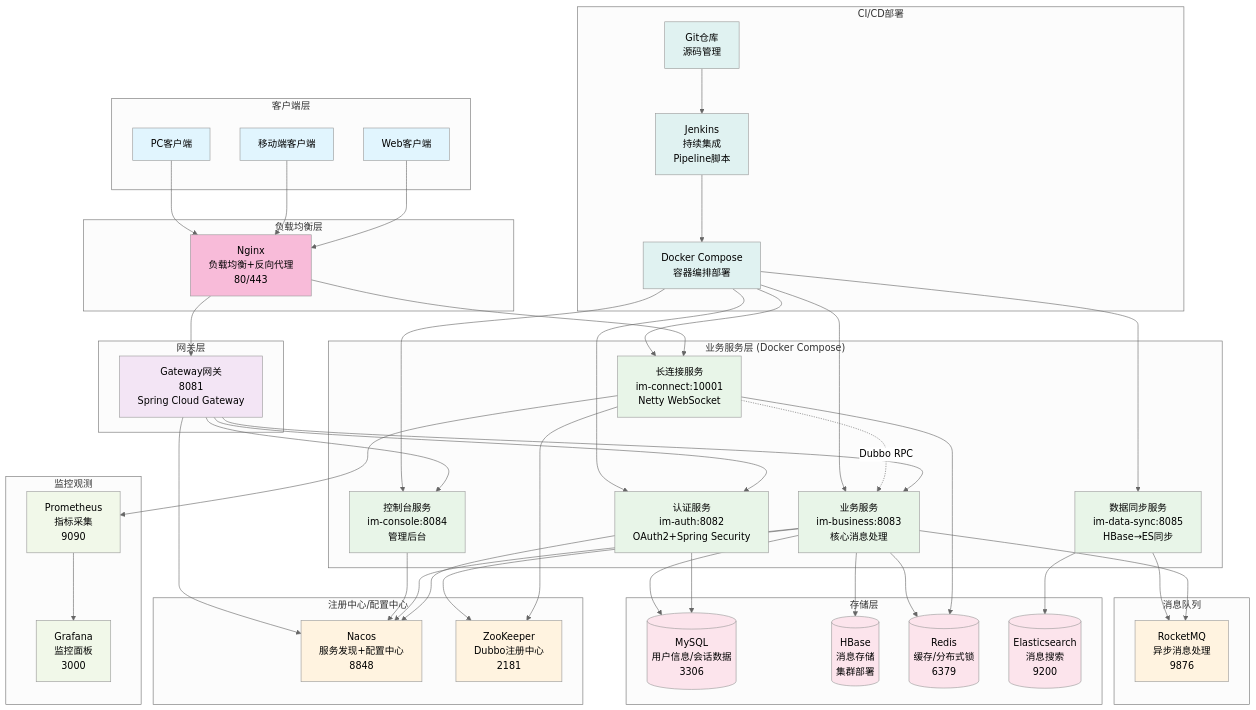
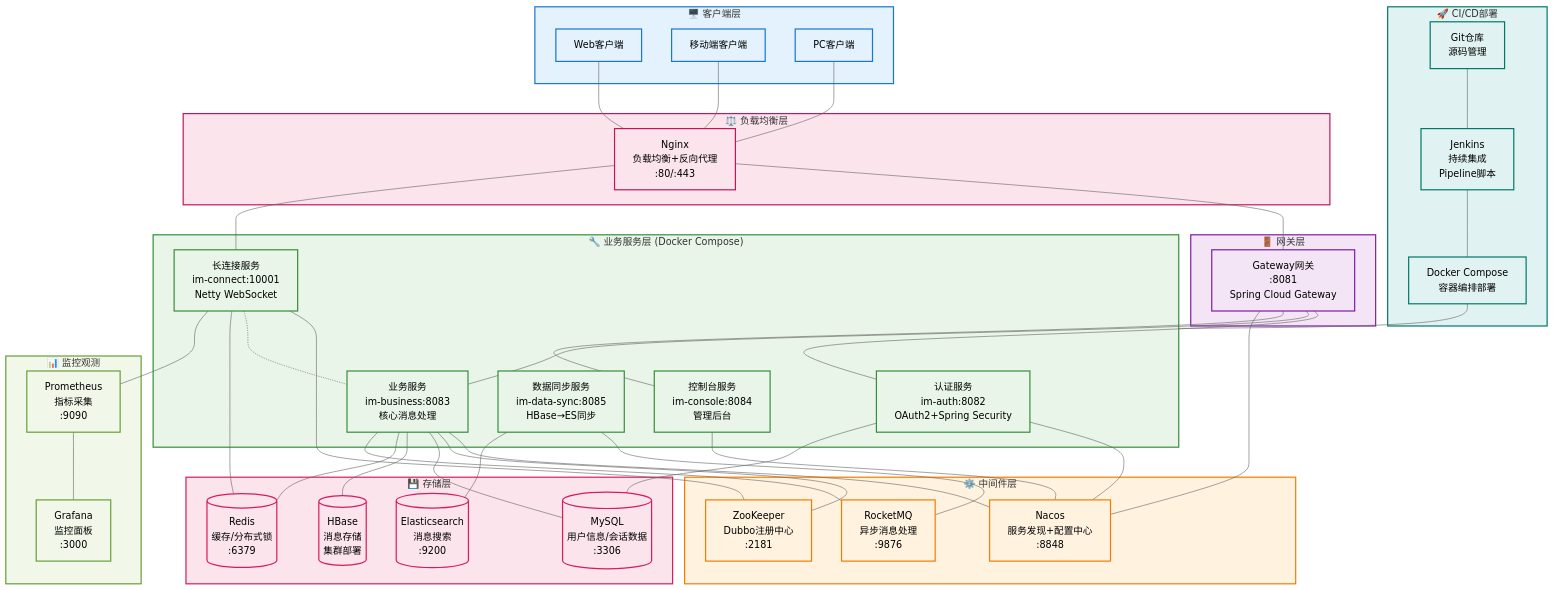
One commit to 598572/xzll-im-server changed the diagram in README.md. Above: the diagram before and after it, drawn with Mermaid (neutral theme). The commit also changed other lines of this file and 1 other file, not shown here.

Commit message:
系统架构图编辑

````diff
--- a/README.md
+++ b/README.md
@@ -27,126 +27,121 @@
 ```mermaid
-graph TB
+flowchart TD
     %% 客户端层
-    subgraph "客户端层"
-        WEB[Web客户端]
-        MOBILE[移动端客户端] 
-        PC[PC客户端]
+    subgraph CLIENT ["🖥️ 客户端层"]
+        WEB["Web客户端"]
+        MOBILE["移动端客户端"] 
+        PC["PC客户端"]
     end
 
     %% 负载均衡层
-    subgraph "负载均衡层"
-        NGINX[Nginx<br/>负载均衡+反向代理<br/>80/443]
+    subgraph PROXY ["⚖️ 负载均衡层"]
+        NGINX["Nginx<br/>负载均衡+反向代理<br/>:80/:443"]
     end
 
     %% 网关层  
-    subgraph "网关层"
-        GW[Gateway网关<br/>8081<br/>Spring Cloud Gateway]
+    subgraph GATEWAY ["🚪 网关层"]
+        GW["Gateway网关<br/>:8081<br/>Spring Cloud Gateway"]
     end
 
     %% 业务服务层
-    subgraph "业务服务层 (Docker Compose)"
-        AUTH[认证服务<br/>im-auth:8082<br/>OAuth2+Spring Security]
-        CONNECT[长连接服务<br/>im-connect:10001<br/>Netty WebSocket]
-        BUSINESS[业务服务<br/>im-business:8083<br/>核心消息处理]
-        CONSOLE[控制台服务<br/>im-console:8084<br/>管理后台]
-        DATASYNC[数据同步服务<br/>im-data-sync:8085<br/>HBase→ES同步]
+    subgraph SERVICES ["🔧 业务服务层 (Docker Compose)"]
+        AUTH["认证服务<br/>im-auth:8082<br/>OAuth2+Spring Security"]
+        CONNECT["长连接服务<br/>im-connect:10001<br/>Netty WebSocket"]
+        BUSINESS["业务服务<br/>im-business:8083<br/>核心消息处理"]
+        CONSOLE["控制台服务<br/>im-console:8084<br/>管理后台"]
+        DATASYNC["数据同步服务<br/>im-data-sync:8085<br/>HBase→ES同步"]
     end
 
     %% 中间件层
-    subgraph "注册中心/配置中心"
-        NACOS[Nacos<br/>服务发现+配置中心<br/>8848]
-        ZK[ZooKeeper<br/>Dubbo注册中心<br/>2181]
-    end
-
-    subgraph "消息队列"
-        RMQ[RocketMQ<br/>异步消息处理<br/>9876]
+    subgraph MIDDLEWARE ["⚙️ 中间件层"]
+        NACOS["Nacos<br/>服务发现+配置中心<br/>:8848"]
+        ZK["ZooKeeper<br/>Dubbo注册中心<br/>:2181"]
+        RMQ["RocketMQ<br/>异步消息处理<br/>:9876"]
     end
 
     %% 存储层
-    subgraph "存储层"
-        MYSQL[(MySQL<br/>用户信息/会话数据<br/>3306)]
-        HBASE[(HBase<br/>消息存储<br/>集群部署)]
-        REDIS[(Redis<br/>缓存/分布式锁<br/>6379)]
-        ES[(Elasticsearch<br/>消息搜索<br/>9200)]
+    subgraph STORAGE ["💾 存储层"]
+        MYSQL[("MySQL<br/>用户信息/会话数据<br/>:3306")]
+        HBASE[("HBase<br/>消息存储<br/>集群部署")]
+        REDIS[("Redis<br/>缓存/分布式锁<br/>:6379")]
+        ES[("Elasticsearch<br/>消息搜索<br/>:9200")]
     end
 
     %% 监控层
-    subgraph "监控观测"
-        PROMETHEUS[Prometheus<br/>指标采集<br/>9090]
-        GRAFANA[Grafana<br/>监控面板<br/>3000]
+    subgraph MONITOR ["📊 监控观测"]
+        PROMETHEUS["Prometheus<br/>指标采集<br/>:9090"]
+        GRAFANA["Grafana<br/>监控面板<br/>:3000"]
     end
 
     %% CI/CD层
-    subgraph "CI/CD部署"
-        JENKINS[Jenkins<br/>持续集成<br/>Pipeline脚本]
-        DOCKER[Docker Compose<br/>容器编排部署]
-        GIT[Git仓库<br/>源码管理]
+    subgraph CICD ["🚀 CI/CD部署"]
+        GIT["Git仓库<br/>源码管理"]
+        JENKINS["Jenkins<br/>持续集成<br/>Pipeline脚本"]
+        DOCKER["Docker Compose<br/>容器编排部署"]
     end
 
-    %% 连接关系
-    WEB --> NGINX
-    MOBILE --> NGINX
-    PC --> NGINX
+    %% 客户端连接
+    WEB --- NGINX
+    MOBILE --- NGINX
+    PC --- NGINX
 
-    NGINX --> GW
-    NGINX --> CONNECT
+    %% 网关连接
+    NGINX --- GW
+    NGINX --- CONNECT
 
-    GW --> AUTH
-    GW --> BUSINESS
-    GW --> CONSOLE
+    %% 服务连接
+    GW --- AUTH
+    GW --- BUSINESS
+    GW --- CONSOLE
 
     %% 服务注册发现
-    AUTH --> NACOS
-    BUSINESS --> NACOS
-    CONSOLE --> NACOS
-    GW --> NACOS
+    AUTH --- NACOS
+    BUSINESS --- NACOS
+    CONSOLE --- NACOS
+    GW --- NACOS
 
-    %% Dubbo RPC
-    CONNECT --> ZK
-    BUSINESS --> ZK
-    CONNECT -.->|Dubbo RPC| BUSINESS
+    %% RPC连接
+    CONNECT --- ZK
+    BUSINESS --- ZK
+    CONNECT -.- BUSINESS
 
-    %% 数据存储
-    AUTH --> MYSQL
-    BUSINESS --> MYSQL
-    BUSINESS --> HBASE
-    CONNECT --> REDIS
-    BUSINESS --> REDIS
+    %% 存储连接
+    AUTH --- MYSQL
+    BUSINESS --- MYSQL
+    BUSINESS --- HBASE
+    CONNECT --- REDIS
+    BUSINESS --- REDIS
 
     %% 消息队列
-    BUSINESS --> RMQ
-    DATASYNC --> RMQ
-    DATASYNC --> ES
+    BUSINESS --- RMQ
+    DATASYNC --- RMQ
+    DATASYNC --- ES
 
-    %% 监控
-    CONNECT --> PROMETHEUS
-    PROMETHEUS --> GRAFANA
+    %% 监控连接
+    CONNECT --- PROMETHEUS
+    PROMETHEUS --- GRAFANA
 
     %% CI/CD流程
-    GIT --> JENKINS
-    JENKINS --> DOCKER
-    DOCKER --> AUTH
-    DOCKER --> CONNECT
-    DOCKER --> BUSINESS
-    DOCKER --> CONSOLE
-    DOCKER --> DATASYNC
+    GIT --- JENKINS
+    JENKINS --- DOCKER
+    DOCKER --- SERVICES
 
     %% 样式定义
-    classDef client fill:#e1f5fe
-    classDef proxy fill:#f8bbd9
-    classDef gateway fill:#f3e5f5
-    classDef service fill:#e8f5e8
-    classDef middleware fill:#fff3e0
-    classDef storage fill:#fce4ec
-    classDef monitor fill:#f1f8e9
-    classDef cicd fill:#e0f2f1
+    classDef clientStyle fill:#e3f2fd,stroke:#1976d2,stroke-width:2px
+    classDef proxyStyle fill:#fce4ec,stroke:#c2185b,stroke-width:2px
+    classDef gatewayStyle fill:#f3e5f5,stroke:#7b1fa2,stroke-width:2px
+    classDef serviceStyle fill:#e8f5e8,stroke:#388e3c,stroke-width:2px
+    classDef middlewareStyle fill:#fff3e0,stroke:#f57c00,stroke-width:2px
+    classDef storageStyle fill:#fce4ec,stroke:#d81b60,stroke-width:2px
+    classDef monitorStyle fill:#f1f8e9,stroke:#689f38,stroke-width:2px
+    classDef cicdStyle fill:#e0f2f1,stroke:#00796b,stroke-width:2px
 
-    class WEB,MOBILE,PC client
-    class NGINX proxy
-    class GW gateway
-    class AUTH,CONNECT,BUSINESS,CONSOLE,DATASYNC service
-    class NACOS,ZK,RMQ middleware
-    class MYSQL,HBASE,REDIS,ES storage
-    class PROMETHEUS,GRAFANA monitor
-    class JENKINS,DOCKER,GIT cicd
+    class CLIENT,WEB,MOBILE,PC clientStyle
+    class PROXY,NGINX proxyStyle
+    class GATEWAY,GW gatewayStyle
+    class SERVICES,AUTH,CONNECT,BUSINESS,CONSOLE,DATASYNC serviceStyle
+    class MIDDLEWARE,NACOS,ZK,RMQ middlewareStyle
+    class STORAGE,MYSQL,HBASE,REDIS,ES storageStyle
+    class MONITOR,PROMETHEUS,GRAFANA monitorStyle
+    class CICD,JENKINS,DOCKER,GIT cicdStyle
 ```
````
